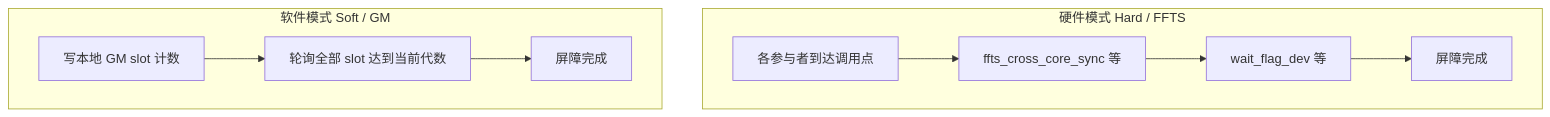
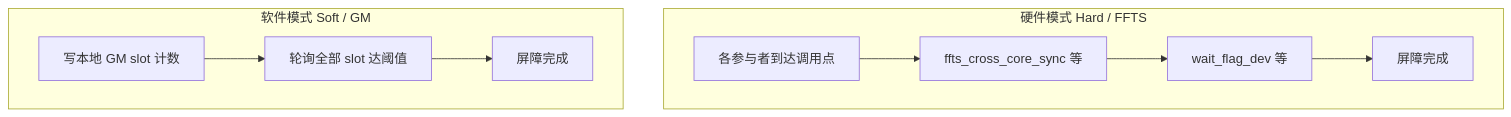
One commit to zouzias/pto-isa-mirror changed the diagram in docs/isa/SYNCALL_zh.md. Above: the diagram before and after it, drawn with Mermaid. The commit also changed other lines of this file and 13 other files, not shown here.

First line of the commit message:
add TSYNCALL instruction for A2A3 and A5 architectures

````diff
--- a/docs/isa/SYNCALL_zh.md
+++ b/docs/isa/SYNCALL_zh.md
@@ -9,12 +9,12 @@
 ```mermaid
 flowchart TB
   subgraph hard [硬件模式 Hard / FFTS]
     H1[各参与者到达调用点] --> H2[ffts_cross_core_sync 等]
     H2 --> H3[wait_flag_dev 等]
     H3 --> H4[屏障完成]
   end
   subgraph soft [软件模式 Soft / GM]
-    S1[写本地 GM slot 计数] --> S2[轮询全部 slot 达到当前代数]
+    S1[写本地 GM slot 计数] --> S2[轮询全部 slot 达阈值]
     S2 --> S3[屏障完成]
   end
 ```
````
